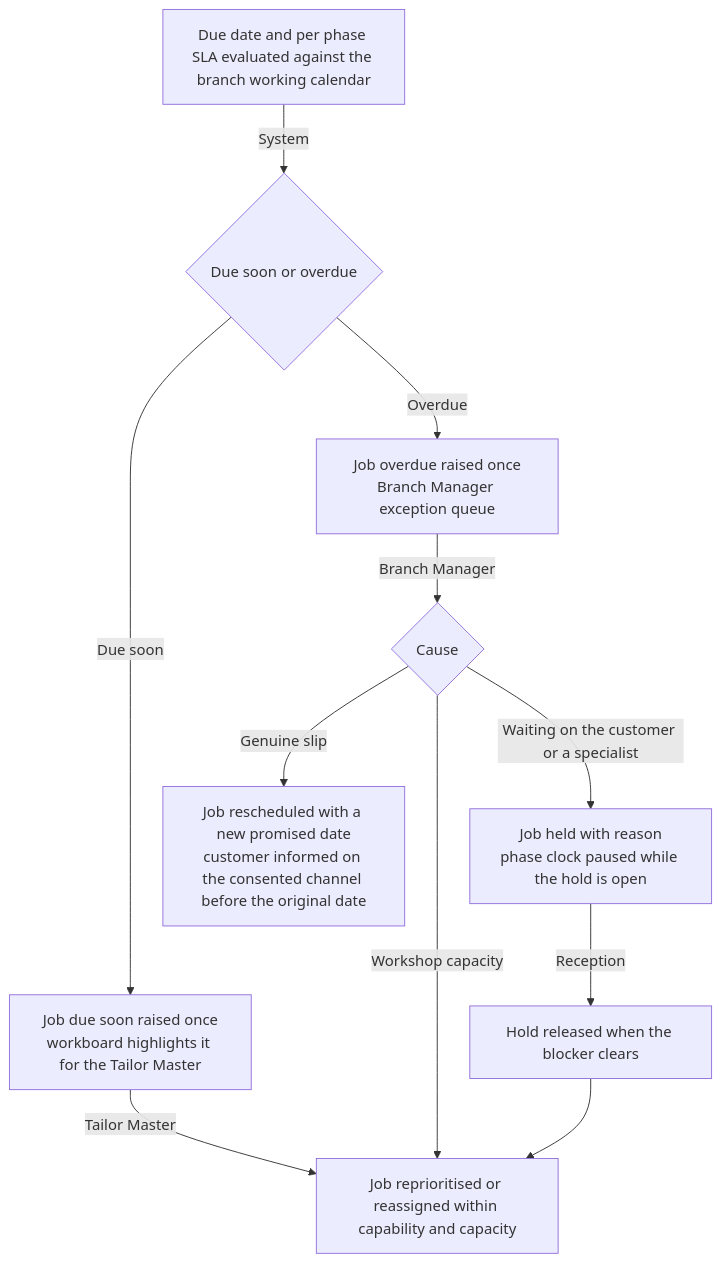
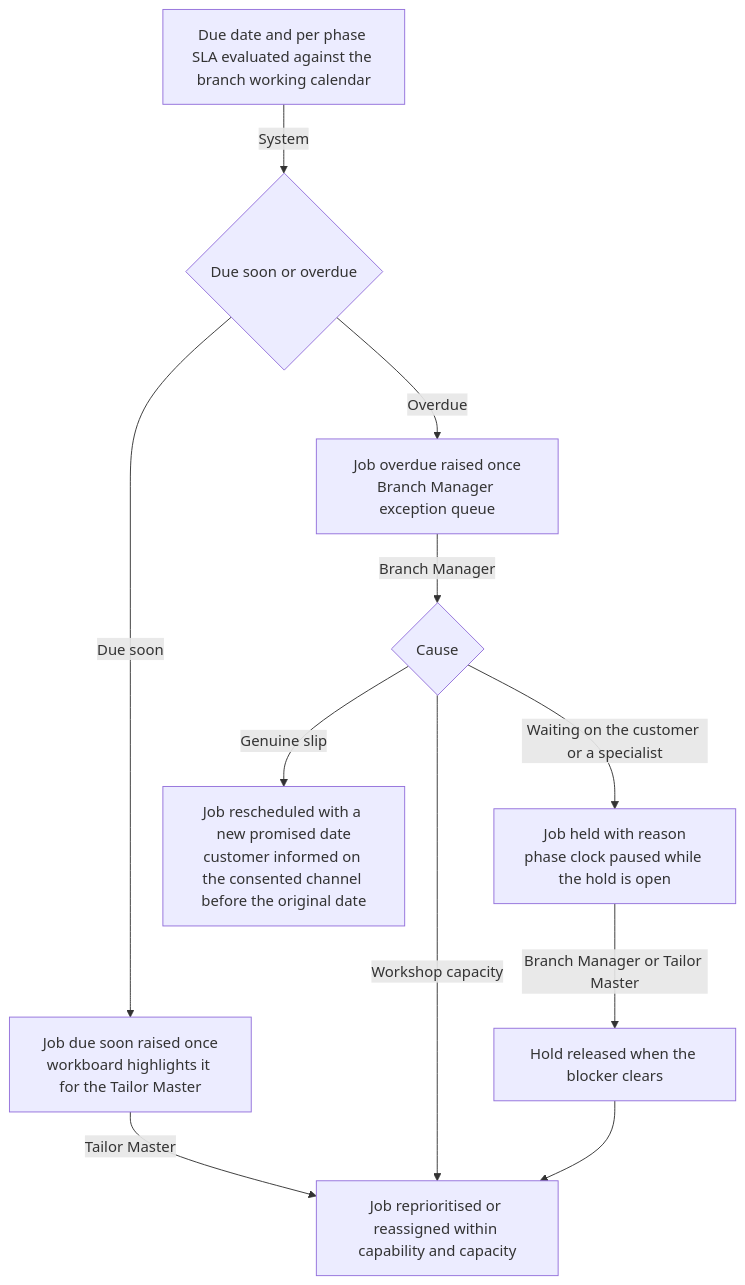
One commit to MK-AIFy/HyFib-Tailor360 changed the eighth of 13 diagrams in docs/prd/workflows/blouse.md. Above: the diagram before and after it, drawn with Mermaid. The commit also changed 2 other files, not shown here.

````diff
--- a/docs/prd/workflows/blouse.md
+++ b/docs/prd/workflows/blouse.md
@@ -314,13 +314,13 @@
 ```mermaid
 flowchart TD
   A[Due date and per phase SLA evaluated against the branch working calendar] -->|System| B{Due soon or overdue}
   B -->|Due soon| C[Job due soon raised once<br/>workboard highlights it for the Tailor Master]
   B -->|Overdue| D[Job overdue raised once<br/>Branch Manager exception queue]
   C -->|Tailor Master| E[Job reprioritised or reassigned within capability and capacity]
   D -->|Branch Manager| F{Cause}
   F -->|Workshop capacity| E
   F -->|Waiting on the customer or a specialist| G[Job held with reason<br/>phase clock paused while the hold is open]
   F -->|Genuine slip| H[Job rescheduled with a new promised date<br/>customer informed on the consented channel before the original date]
-  G -->|Reception| I[Hold released when the blocker clears]
+  G -->|Branch Manager or Tailor Master| I[Hold released when the blocker clears]
   I --> E
 ```
````
